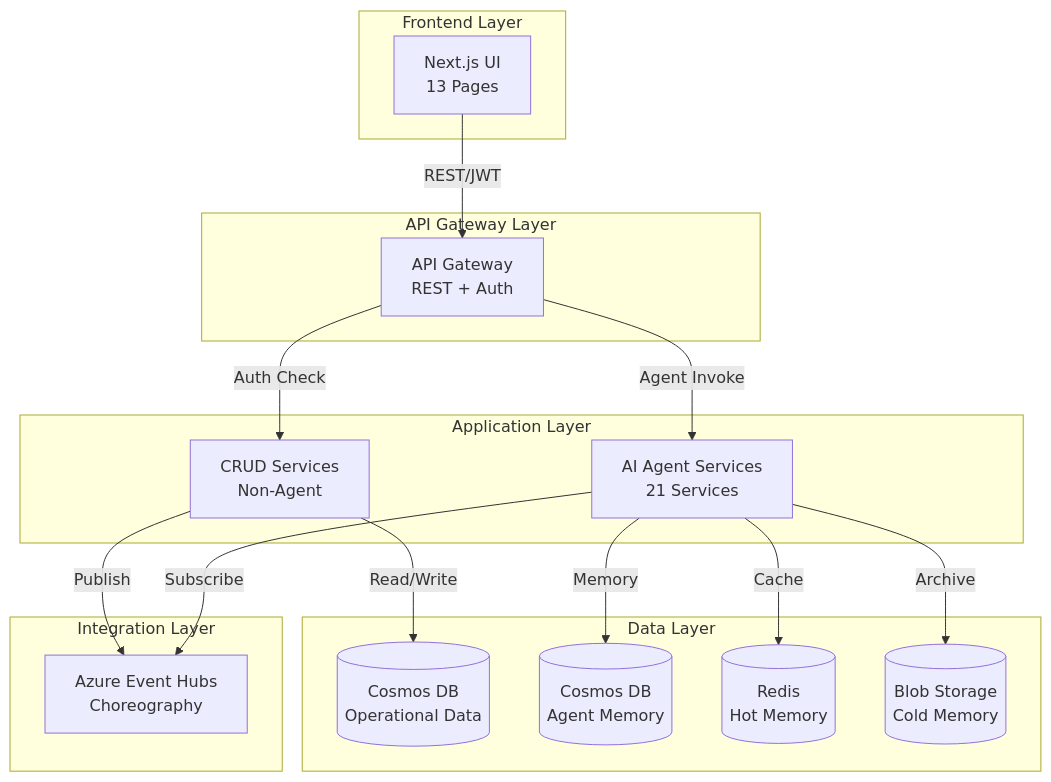
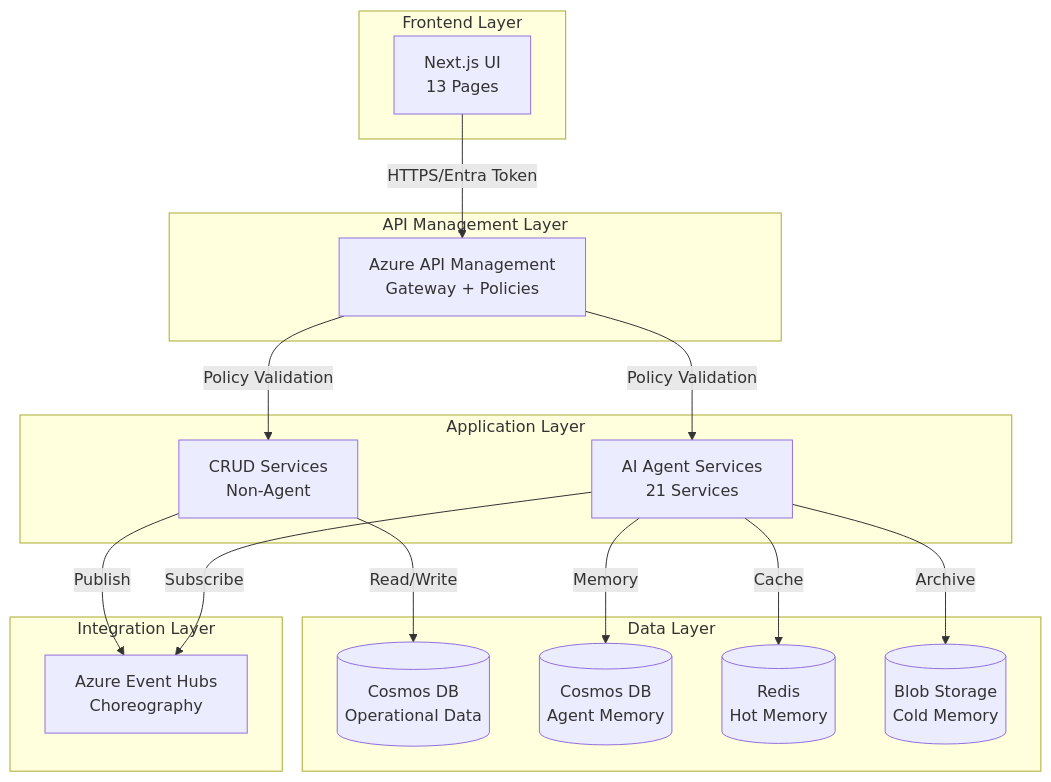
Before and after one commit to Azure-Samples/holiday-peak-hub: the first of 13 diagrams in docs/backend_plan.md, drawn with Mermaid. The commit also changed other lines of this file and 4 other files, not shown here.

````diff
--- a/docs/backend_plan.md
+++ b/docs/backend_plan.md
@@ -39,36 +41,36 @@
 ```mermaid
 graph TB
     subgraph "Frontend Layer"
         UI[Next.js UI<br/>13 Pages]
     end
     
-    subgraph "API Gateway Layer"
-        Gateway[API Gateway<br/>REST + Auth]
+    subgraph "API Management Layer"
+        APIM[Azure API Management<br/>Gateway + Policies]
     end
     
     subgraph "Application Layer"
         CRUD[CRUD Services<br/>Non-Agent]
         Agents[AI Agent Services<br/>21 Services]
     end
     
     subgraph "Data Layer"
         CosmosOps[(Cosmos DB<br/>Operational Data)]
         CosmosMemory[(Cosmos DB<br/>Agent Memory)]
         Redis[(Redis<br/>Hot Memory)]
         Blob[(Blob Storage<br/>Cold Memory)]
     end
     
     subgraph "Integration Layer"
         EventHubs[Azure Event Hubs<br/>Choreography]
     end
     
-    UI -->|REST/JWT| Gateway
-    Gateway -->|Auth Check| CRUD
-    Gateway -->|Agent Invoke| Agents
+    UI -->|HTTPS/Entra Token| APIM
+    APIM -->|Policy Validation| CRUD
+    APIM -->|Policy Validation| Agents
     CRUD -->|Read/Write| CosmosOps
     CRUD -->|Publish| EventHubs
     Agents -->|Subscribe| EventHubs
     Agents -->|Memory| CosmosMemory
     Agents -->|Cache| Redis
     Agents -->|Archive| Blob
 ```
````
